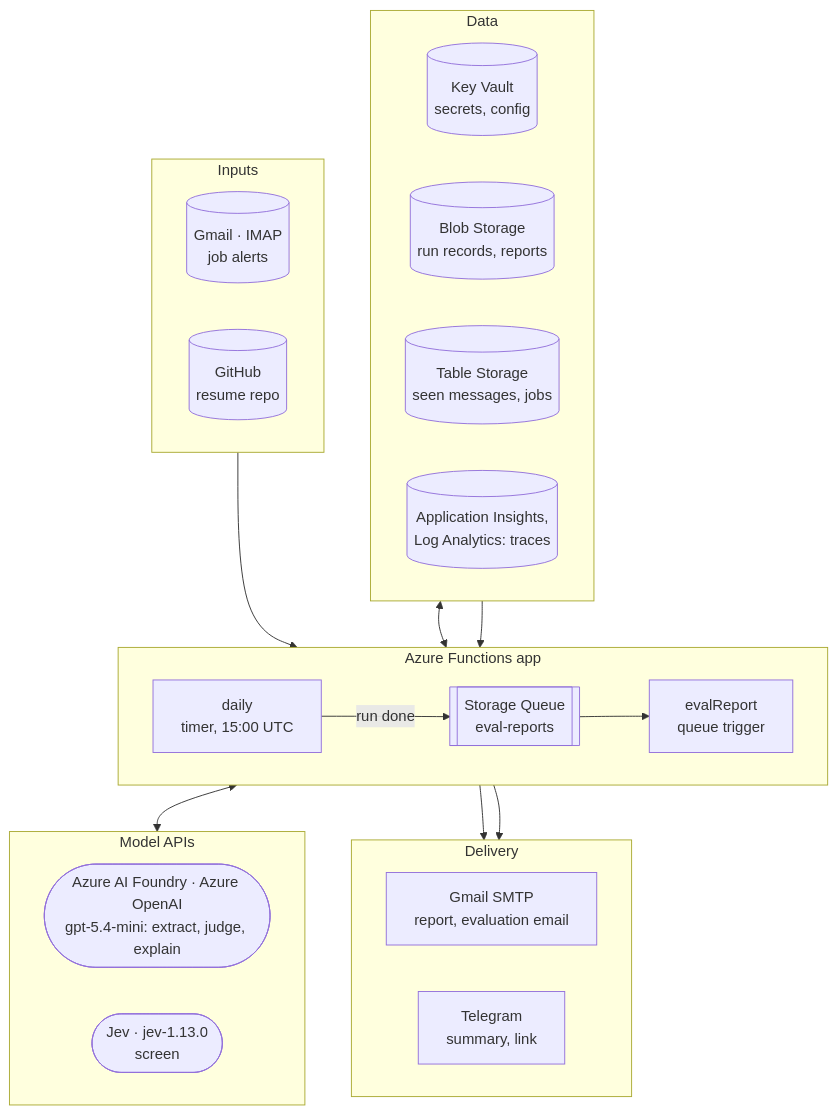
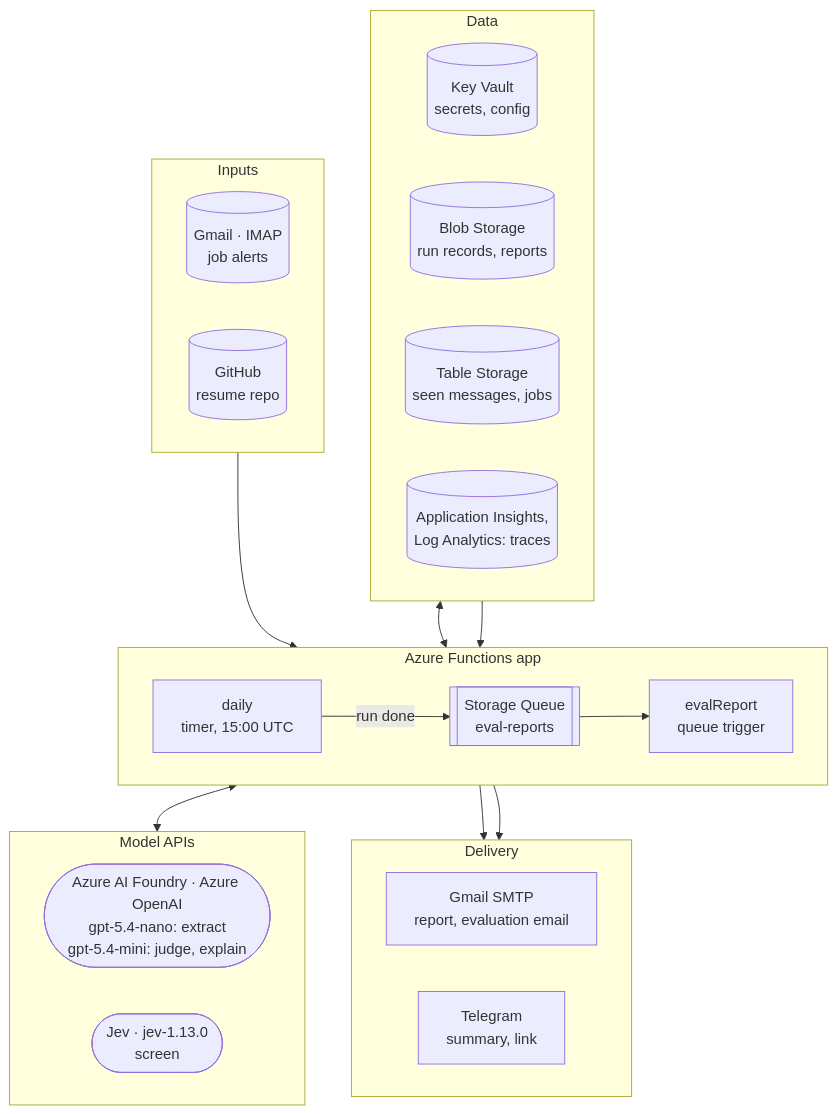
One commit to PCBZ/job-scan changed the first of 3 diagrams in README.md. Above: the diagram before and after it, drawn with Mermaid. The commit also changed other lines of this file and 15 other files, not shown here.

First line of the commit message:
feat(model): extraction on gpt-5.4-nano

````diff
--- a/README.md
+++ b/README.md
@@ -25,43 +25,43 @@
 ```mermaid
 flowchart TB
   subgraph inputs [Inputs]
     direction LR
     gmail[(Gmail · IMAP<br/>job alerts)]
     github[(GitHub<br/>resume repo)]
   end
 
   subgraph app [Azure Functions app]
     direction LR
     daily["daily<br/>timer, 15:00 UTC"]
     queue[[Storage Queue<br/>eval-reports]]
     evalfn["evalReport<br/>queue trigger"]
     daily -- "run done" --> queue --> evalfn
   end
 
   subgraph apis [Model APIs]
     direction LR
-    openai(["Azure AI Foundry · Azure OpenAI<br/>gpt-5.4-mini: extract, judge, explain"])
+    openai(["Azure AI Foundry · Azure OpenAI<br/>gpt-5.4-nano: extract<br/>gpt-5.4-mini: judge, explain"])
     jev([Jev · jev-1.13.0<br/>screen])
   end
 
   subgraph data [Data]
     direction LR
     vault[(Key Vault<br/>secrets, config)]
     blob[(Blob Storage<br/>run records, reports)]
     table[(Table Storage<br/>seen messages, jobs)]
     logs[("Application Insights,<br/>Log Analytics: traces")]
   end
 
   subgraph out [Delivery]
     direction LR
     smtp[Gmail SMTP<br/>report, evaluation email]
     tg[Telegram<br/>summary, link]
   end
 
   inputs --> daily
   daily <--> apis
   data <--> daily
   data --> evalfn
   daily --> out
   evalfn --> out
 ```
````
